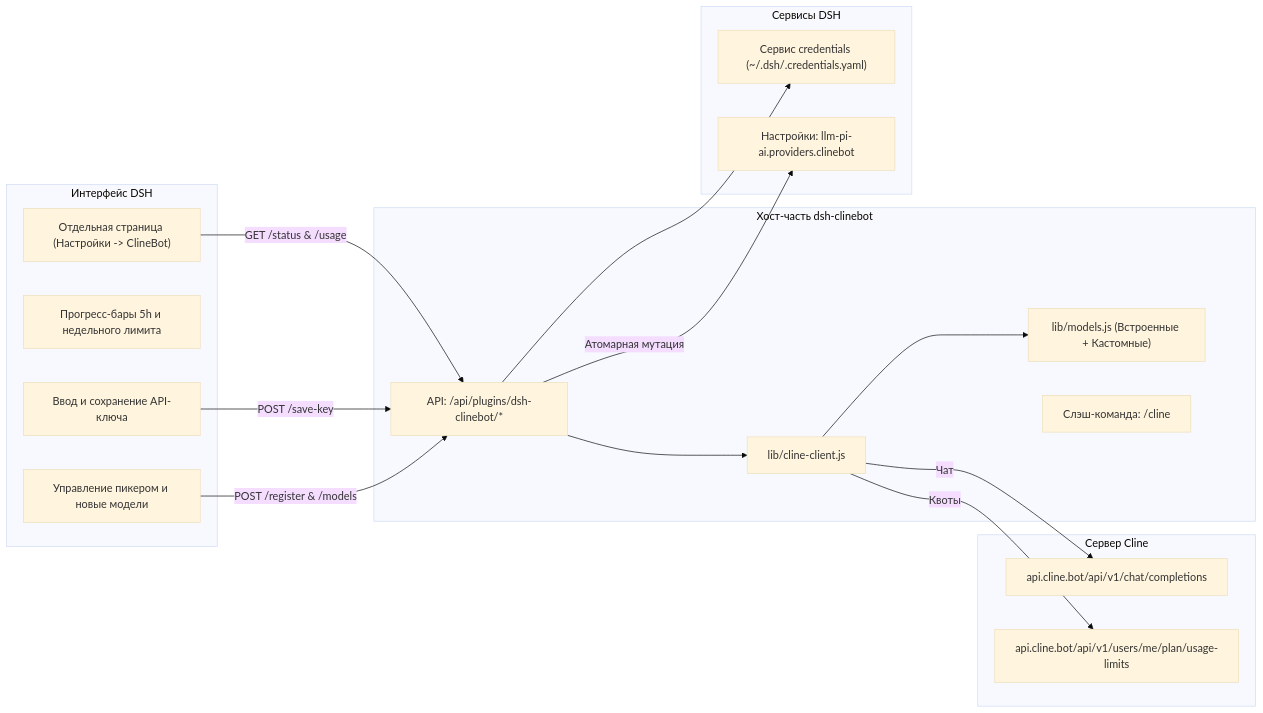
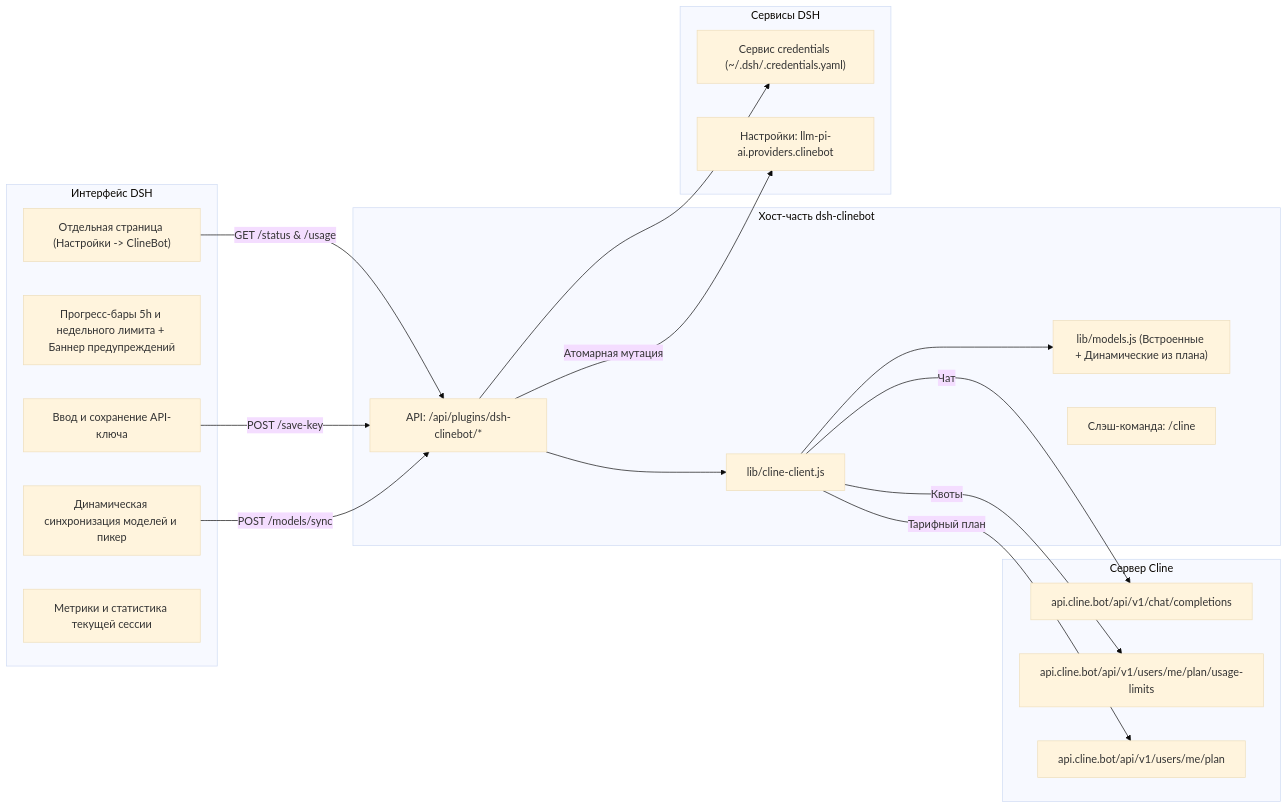
Before and after one commit to GooDAnDReaDY/dsh-clinebot: the diagram in docs/README.ru.md, drawn with Mermaid (base theme). The commit also changed other lines of this file and 11 other files, not shown here.

First line of the commit message:
feat: dynamic subscription models sync, quota exhaustion alerts, and session telemetry

````diff
--- a/docs/README.ru.md
+++ b/docs/README.ru.md
@@ -51,36 +53,39 @@
 ```mermaid
 graph LR
     subgraph UI [Интерфейс DSH]
         Page["Отдельная страница (Настройки -> ClineBot)"]
-        QuotaBar["Прогресс-бары 5h и недельного лимита"]
+        QuotaBar["Прогресс-бары 5h и недельного лимита + Баннер предупреждений"]
         KeyInput["Ввод и сохранение API-ключа"]
-        ModelPick["Управление пикером и новые модели"]
+        ModelPick["Динамическая синхронизация моделей и пикер"]
+        StatsCard["Метрики и статистика текущей сессии"]
     end
 
     subgraph PluginHost [Хост-часть dsh-clinebot]
         HttpEndpoints["API: /api/plugins/dsh-clinebot/*"]
         ClientCore["lib/cline-client.js"]
-        ModelCatalog["lib/models.js (Встроенные + Кастомные)"]
+        ModelCatalog["lib/models.js (Встроенные + Динамические из плана)"]
         SlashCmd["Слэш-команда: /cline"]
     end
 
     subgraph DSHCore [Сервисы DSH]
         Credentials["Сервис credentials (~/.dsh/.credentials.yaml)"]
         PiAi["Настройки: llm-pi-ai.providers.clinebot"]
     end
 
     subgraph Upstream [Сервер Cline]
         ClinePass["api.cline.bot/api/v1/chat/completions"]
         ClineQuota["api.cline.bot/api/v1/users/me/plan/usage-limits"]
+        ClinePlan["api.cline.bot/api/v1/users/me/plan"]
     end
 
     Page -->|GET /status & /usage| HttpEndpoints
     KeyInput -->|POST /save-key| HttpEndpoints
-    ModelPick -->|POST /register & /models| HttpEndpoints
+    ModelPick -->|POST /models/sync| HttpEndpoints
     HttpEndpoints --> Credentials
     HttpEndpoints --> ClientCore
     ClientCore --> ModelCatalog
     HttpEndpoints -->|Атомарная мутация| PiAi
     ClientCore -->|Чат| ClinePass
     ClientCore -->|Квоты| ClineQuota
+    ClientCore -->|Тарифный план| ClinePlan
 ```
````
